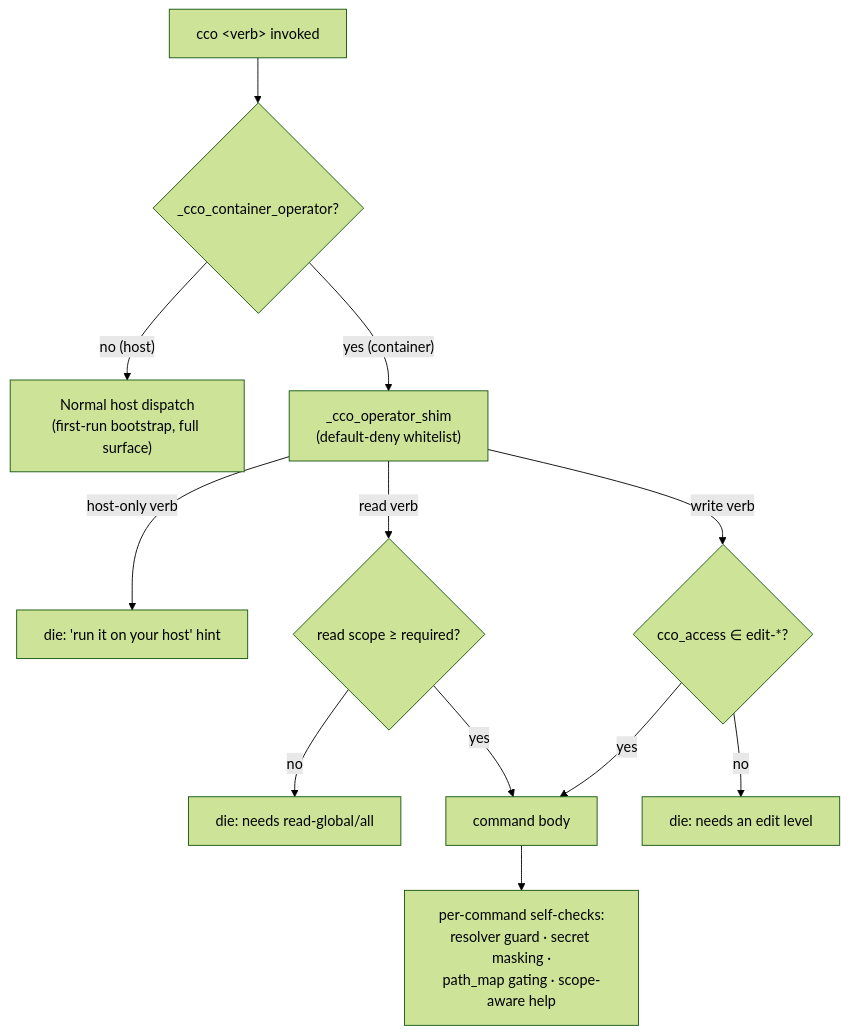
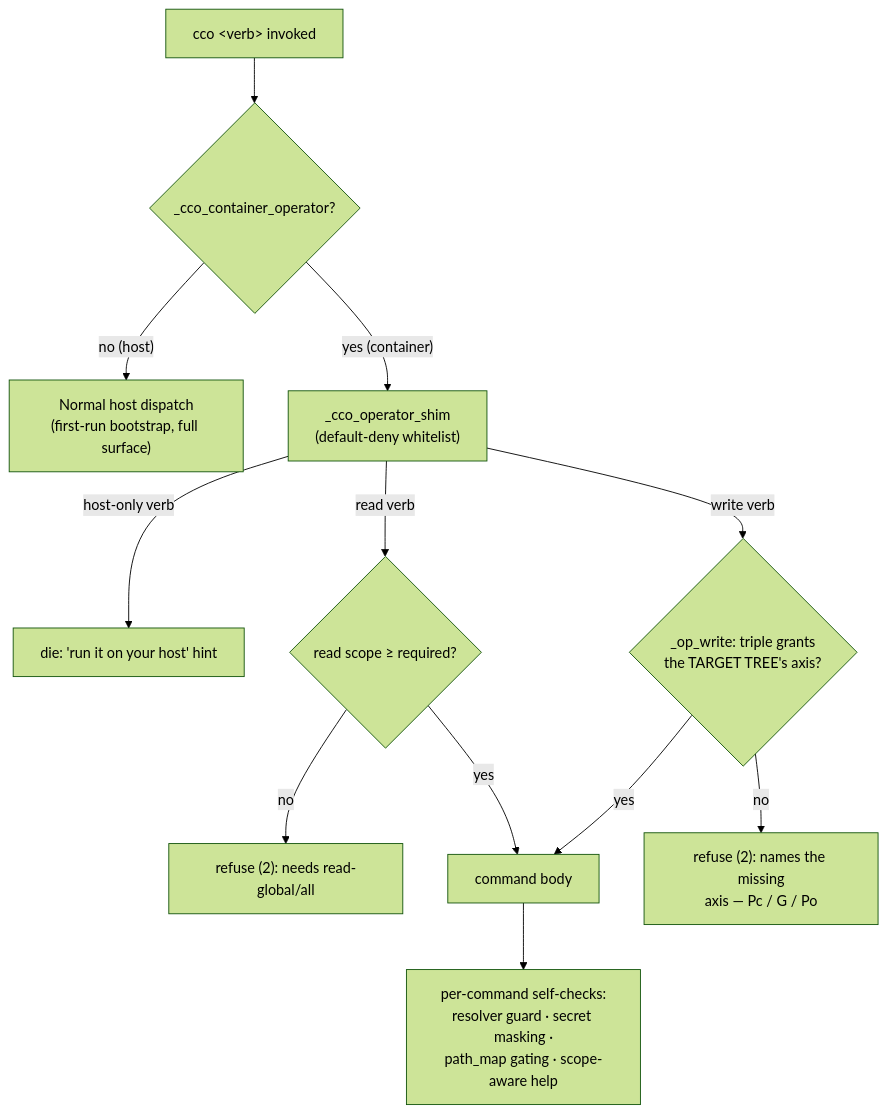
One commit to alergyonthestage/claude-orchestrator changed the diagram in docs/maintainers/cli/design/design-cli-environment-awareness.md. Above: the diagram before and after it, drawn with Mermaid (forest theme). The commit also changed other lines of this file and 4 other files, not shown here.

````diff
--- a/docs/maintainers/cli/design/design-cli-environment-awareness.md
+++ b/docs/maintainers/cli/design/design-cli-environment-awareness.md
@@ -85,14 +88,14 @@
 ```mermaid
 flowchart TD
   IN["cco &lt;verb&gt; invoked"] --> D{"_cco_container_operator?"}
   D -- "no (host)" --> HOST["Normal host dispatch<br/>(first-run bootstrap, full surface)"]
   D -- "yes (container)" --> SHIM["_cco_operator_shim<br/>(default-deny whitelist)"]
   SHIM -- "host-only verb" --> REDIR["die: 'run it on your host' hint"]
   SHIM -- "read verb" --> SCOPE{"read scope ≥ required?"}
-  SHIM -- "write verb" --> EDIT{"cco_access ∈ edit-*?"}
-  SCOPE -- no --> REDIR2["die: needs read-global/all"]
+  SHIM -- "write verb" --> EDIT{"_op_write: triple grants<br/>the TARGET TREE's axis?"}
+  SCOPE -- no --> REDIR2["refuse (2): needs read-global/all"]
   SCOPE -- yes --> BODY
-  EDIT -- no --> REDIR3["die: needs an edit level"]
+  EDIT -- no --> REDIR3["refuse (2): names the missing<br/>axis — Pc / G / Po"]
   EDIT -- yes --> BODY["command body"]
   BODY --> SELF["per-command self-checks:<br/>resolver guard · secret masking ·<br/>path_map gating · scope-aware help"]
 ```
````
